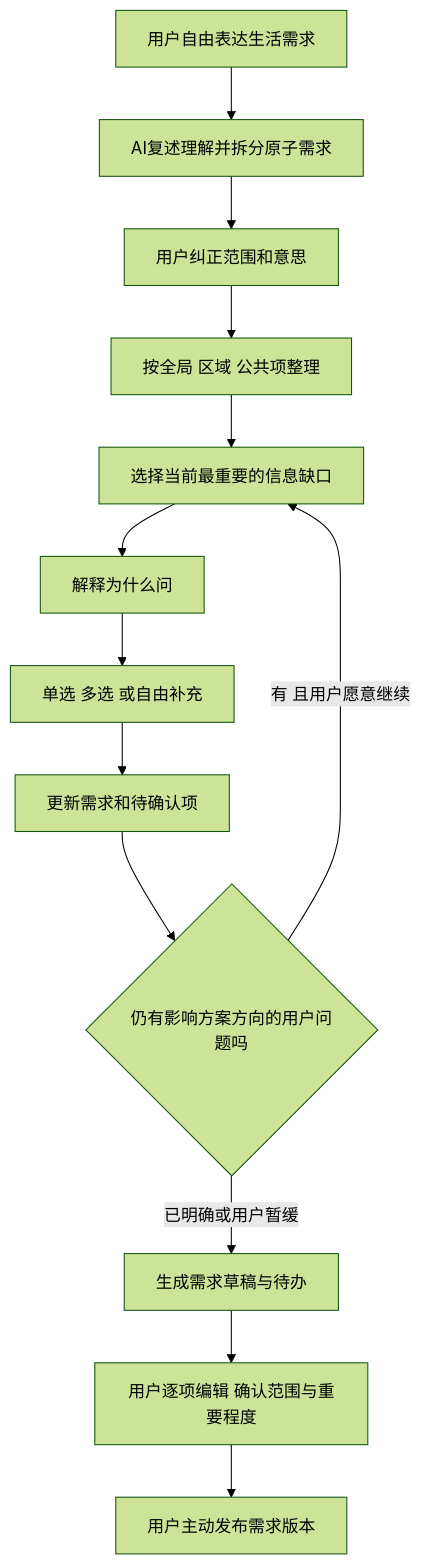
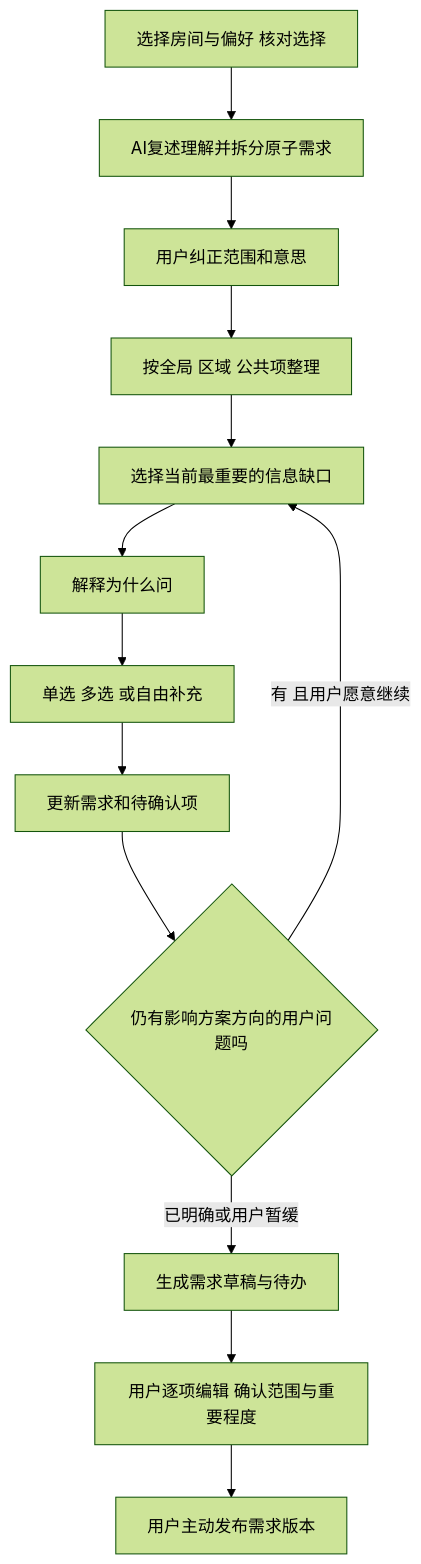
One commit to feifeifei686/bohack-project changed the diagram in docs/requirements-intake-v2.md. Above: the diagram before and after it, drawn with Mermaid (forest theme). The commit also changed other lines of this file and 18 other files, not shown here.

````diff
--- a/docs/requirements-intake-v2.md
+++ b/docs/requirements-intake-v2.md
@@ -24,15 +24,15 @@
 ```mermaid
 flowchart TD
-    A[用户自由表达生活需求] --> B[AI复述理解并拆分原子需求]
+    A[选择房间与偏好 核对选择] --> B[AI复述理解并拆分原子需求]
     B --> C[用户纠正范围和意思]
     C --> D[按全局 区域 公共项整理]
     D --> E[选择当前最重要的信息缺口]
     E --> F[解释为什么问]
     F --> G[单选 多选 或自由补充]
     G --> H[更新需求和待确认项]
     H --> I{仍有影响方案方向的用户问题吗}
     I -->|有 且用户愿意继续| E
     I -->|已明确或用户暂缓| J[生成需求草稿与待办]
     J --> K[用户逐项编辑 确认范围与重要程度]
     K --> L[用户主动发布需求版本]
 ```
````
